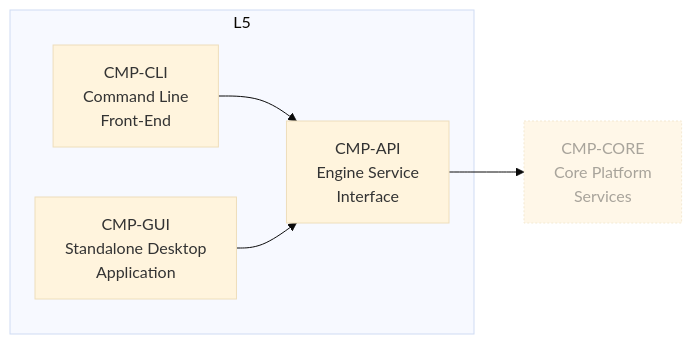
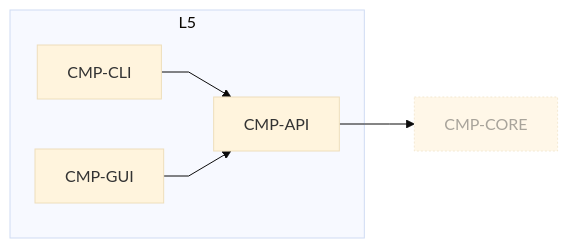
The eighth of 9 diagrams in design/architecture-diagrams.md (suduli/embedded-c-unit-test-tool), drawn with Mermaid (base theme) before and after one commit. The commit also changed other lines of this file and 11 other files, not shown here.

First line of the commit message:
Fix non-uniform boxes and curved edges in the Mermaid diagrams; drop D2

````diff
--- a/design/architecture-diagrams.md
+++ b/design/architecture-diagrams.md
@@ -311,14 +347,15 @@
 ```mermaid
+%%{init: {'flowchart': {'curve': 'linear'}}}%%
 flowchart LR
   subgraph L5["L5"]
-    CMP_API["CMP-API<br/>Engine Service<br/>Interface"]
-    CMP_CLI["CMP-CLI<br/>Command Line<br/>Front-End"]
-    CMP_GUI["CMP-GUI<br/>Standalone Desktop<br/>Application"]
+    CMP_API["CMP-API"]
+    CMP_CLI["CMP-CLI"]
+    CMP_GUI["CMP-GUI"]
   end
-  CMP_CORE["CMP-CORE<br/>Core Platform<br/>Services"]
+  CMP_CORE["CMP-CORE"]
   CMP_API --> CMP_CORE
   CMP_CLI --> CMP_API
   CMP_GUI --> CMP_API
   classDef ext stroke-dasharray:2 2,opacity:0.65
   class CMP_CORE ext
 ```
````
